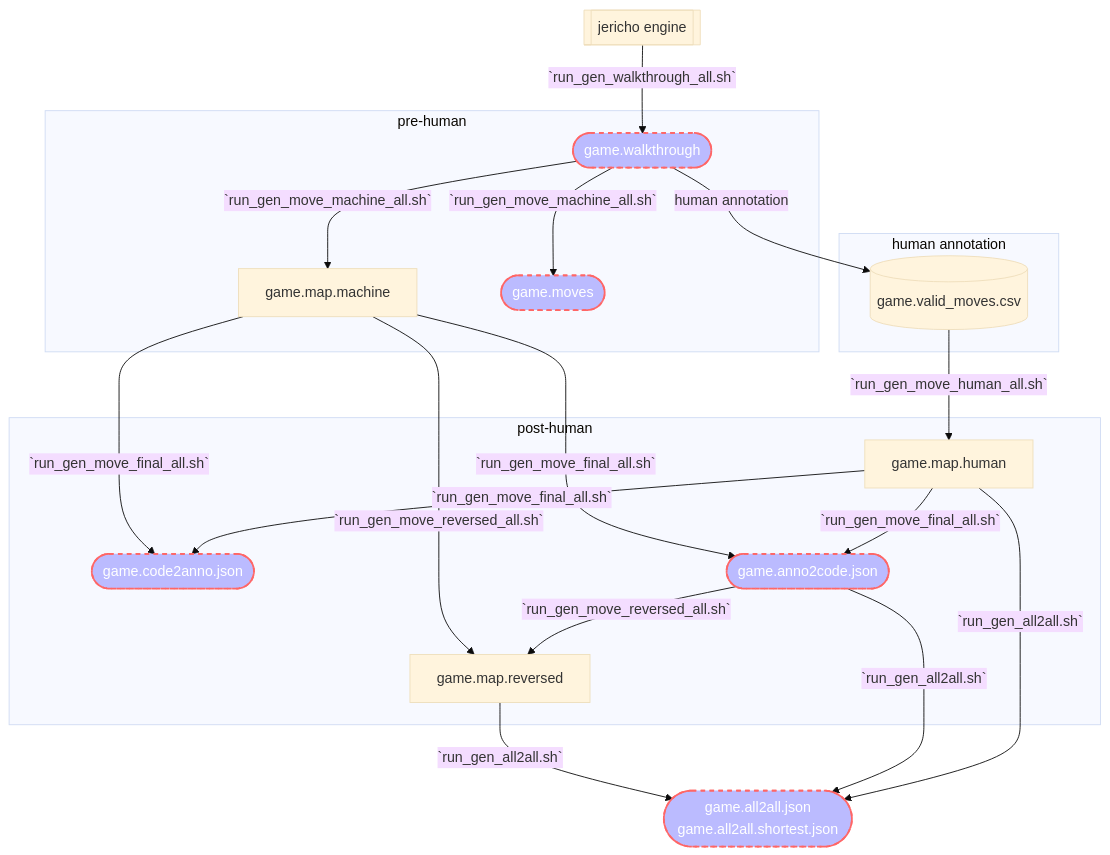
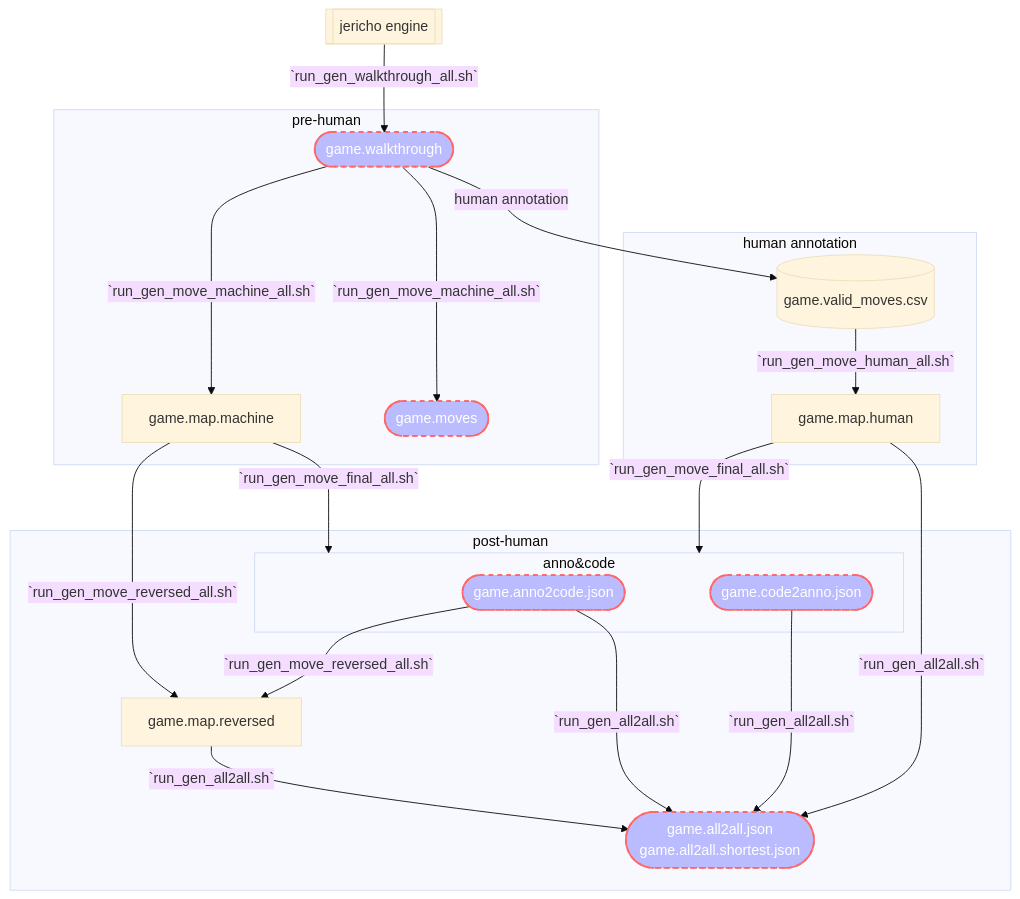
One commit to Oaklight/mango changed the diagram in scripts/README.md. Above: the diagram before and after it, drawn with Mermaid (base theme).

Commit message:
align mermaid plot

````diff
--- a/scripts/README.md
+++ b/scripts/README.md
@@ -96,35 +96,36 @@
 ```mermaid
 flowchart TB
-A[[jericho engine]] --`run_gen_walkthrough_all.sh`--> B([game.walkthrough])
-B --human annotation--> C[(game.valid_moves.csv)]
-B --`run_gen_move_machine_all.sh`--> D[game.map.machine] & E([game.moves])
-C --`run_gen_move_human_all.sh`--> F[game.map.human]
-D & F --`run_gen_move_final_all.sh`--> J([game.code2anno.json]) & G([game.anno2code.json])
-D & G--`run_gen_move_reversed_all.sh`--> H[game.map.reversed]
-H & G & F --`run_gen_all2all.sh`--> I([game.all2all.json \n game.all2all.shortest.json])
-
+A[[jericho engine]] --> |`run_gen_walkthrough_all.sh`| B([game.walkthrough])
+B --> |human annotation| C[(game.valid_moves.csv)]
+B ---> |`run_gen_move_machine_all.sh`| D[game.map.machine] & E([game.moves])
+C --> |`run_gen_move_human_all.sh`| F[game.map.human]
+D & G--> |`run_gen_move_reversed_all.sh`| H[game.map.reversed]
+D & F --> |`run_gen_move_final_all.sh`| anno&code
+H & G & J & F --> |`run_gen_all2all.sh`| I([game.all2all.json \n game.all2all.shortest.json])
 
 subgraph "pre-human"
 B
 E
 D
 end
 
 subgraph "post-human"
 H
-F
-G
-J
+    subgraph anno&code
+    J([game.code2anno.json])
+    G([game.anno2code.json])
+    end
+I
 end
 
 subgraph "human annotation"
+F
 C
 end
-
 
 style B fill:#bbf,stroke:#f66,stroke-width:2px,color:#fff,stroke-dasharray: 5 5
 style E fill:#bbf,stroke:#f66,stroke-width:2px,color:#fff,stroke-dasharray: 5 5
 style G fill:#bbf,stroke:#f66,stroke-width:2px,color:#fff,stroke-dasharray: 5 5
 style J fill:#bbf,stroke:#f66,stroke-width:2px,color:#fff,stroke-dasharray: 5 5
 style I fill:#bbf,stroke:#f66,stroke-width:2px,color:#fff,stroke-dasharray: 5 5
 ```
````
